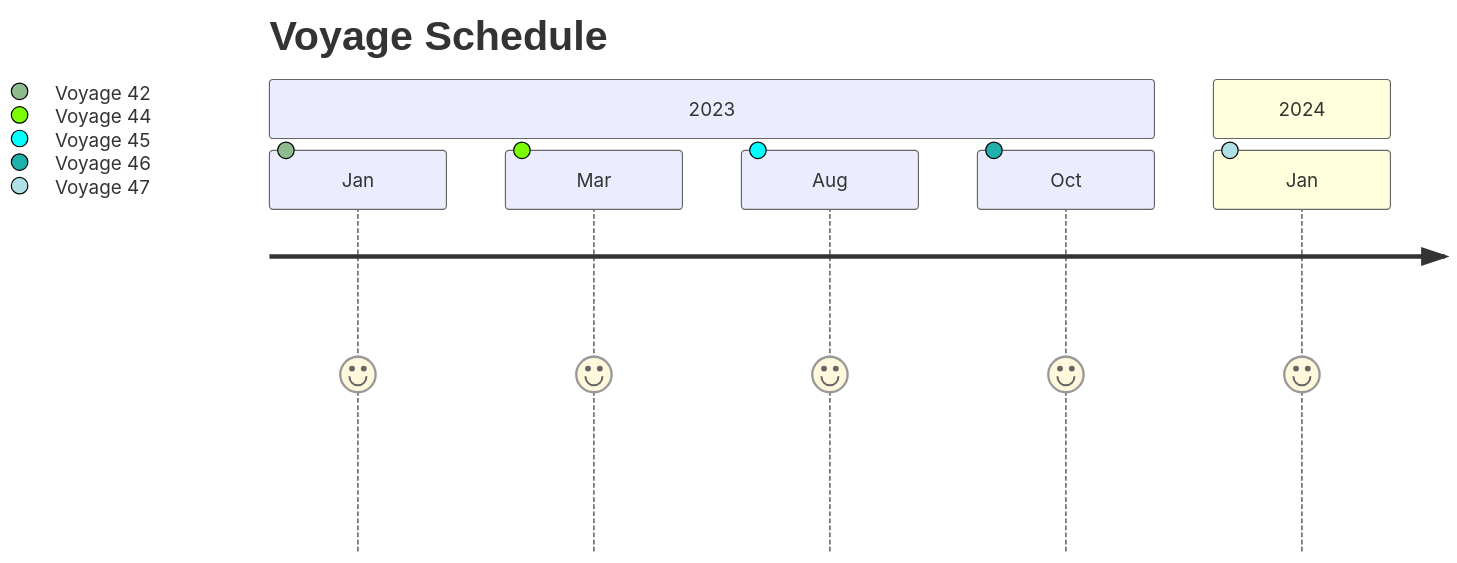
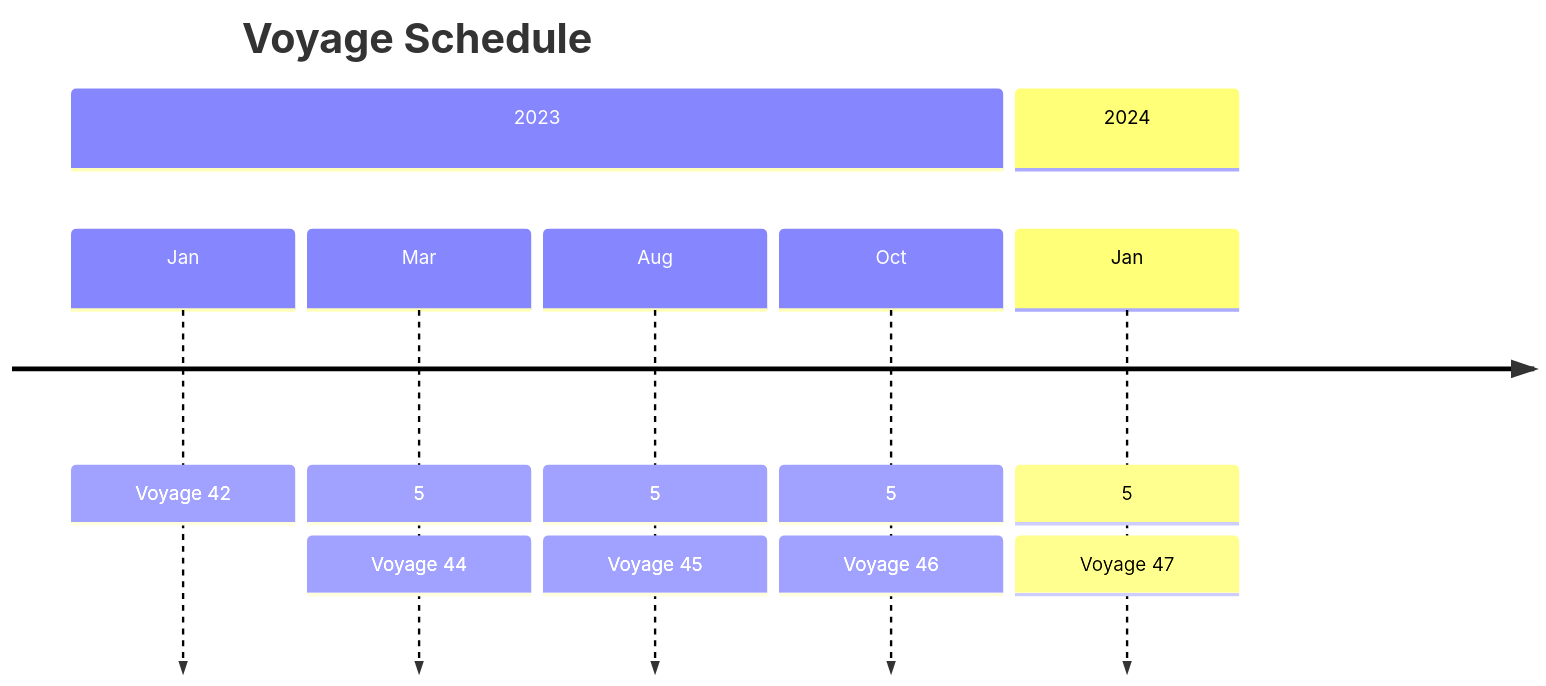
Before and after one commit to chingu-voyages/Handbook: the diagram in docs/guides/voyage.md, drawn with Mermaid. The commit also changed other lines of this file, not shown here.

Commit message:
Feature: Update Voyage schedule [WIP]

````diff
--- a/docs/guides/voyage.md
+++ b/docs/guides/voyage.md
@@ -17,11 +17,19 @@
 ```mermaid
+timeline
+    title 2023
+    Jan : Voyage 42
+    Mar : Voyage 43
+    May : Voyage 44
+    Aug : Voyage 45
+    Oct : Voyage 46
+
 journey
     title Voyage Schedule
       section 2023
-        Jan: 5: Voyage 42
+        Jan: Voyage 42
         Mar: 5: Voyage 44
         Aug: 5: Voyage 45
         Oct: 5: Voyage 46
       section 2024
         Jan: 5: Voyage 47
-```
+```  
````
